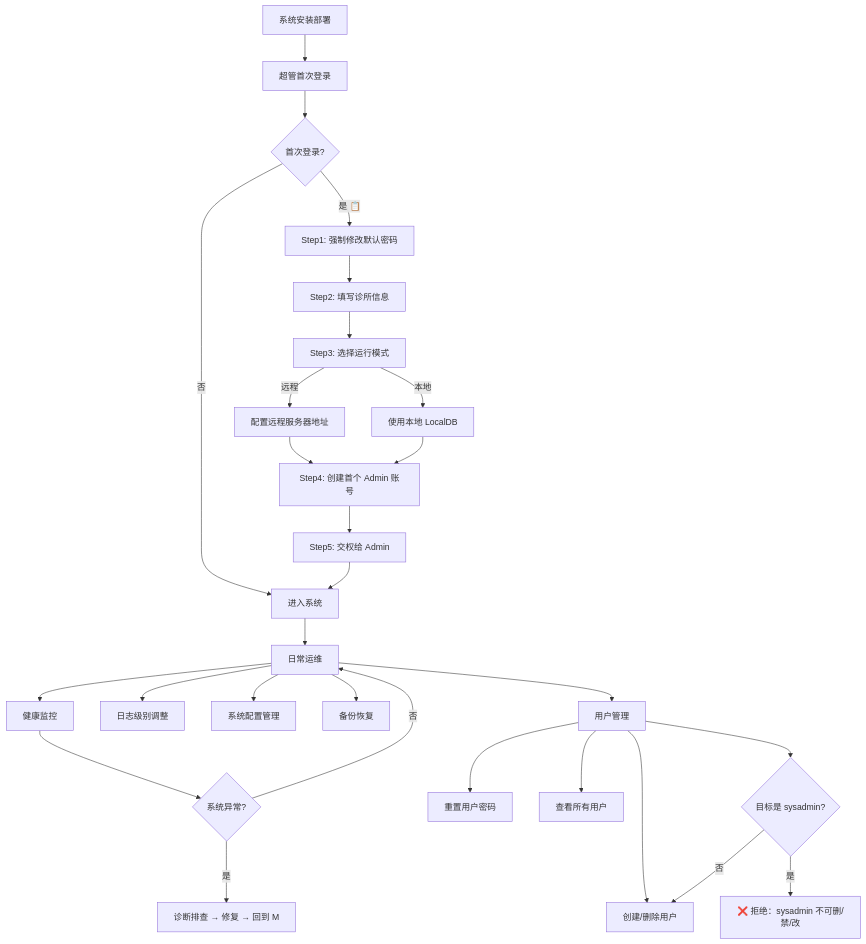
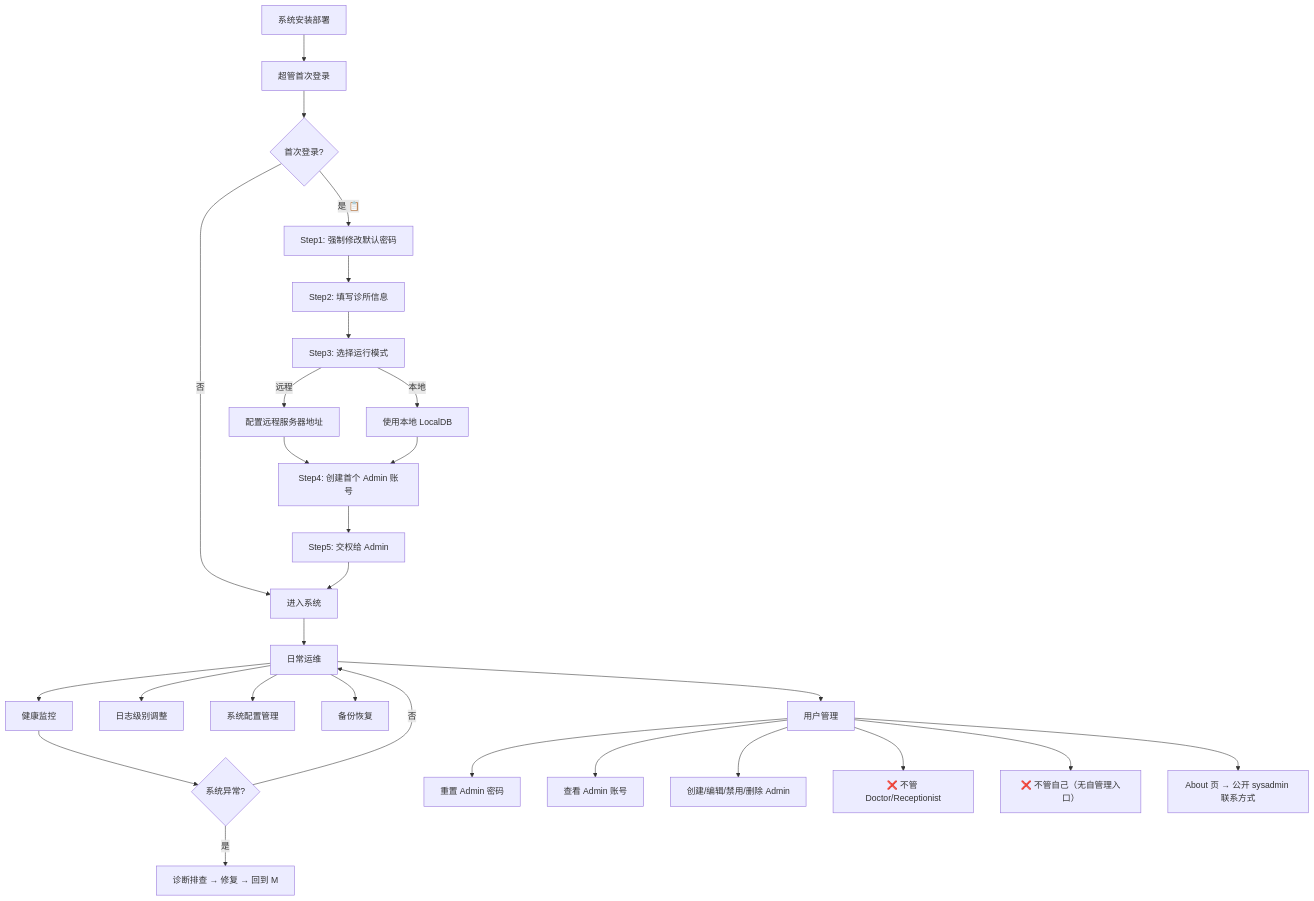
Before and after one commit to shouqitao/LYBTZYZS: the first of 8 diagrams in docs/01-product/02-personas.md, drawn with Mermaid. The commit also changed other lines of this file and 2 other files, not shown here.

````diff
--- a/docs/01-product/02-personas.md
+++ b/docs/01-product/02-personas.md
@@ -37,33 +37,33 @@
 ```mermaid
 flowchart TD
     A[系统安装部署] --> B[超管首次登录]
     B --> C{首次登录?}
     C -->|是 📋| D[Step1: 强制修改默认密码]
     C -->|否| L
     D --> E[Step2: 填写诊所信息]
     E --> F[Step3: 选择运行模式]
     F -->|远程| F1[配置远程服务器地址]
     F -->|本地| F2[使用本地 LocalDB]
     F1 --> G[Step4: 创建首个 Admin 账号]
     F2 --> G
     G --> H[Step5: 交权给 Admin]
     H --> L
 
     L[进入系统] --> M[日常运维]
     M --> M1[健康监控]
     M --> M2[日志级别调整]
     M --> M3[系统配置管理]
     M --> M4[备份恢复]
     M --> M5[用户管理]
 
     M1 --> N{系统异常?}
     N -->|是| O[诊断排查 → 修复 → 回到 M]
     N -->|否| M
 
-    M5 --> P[重置用户密码]
-    M5 --> Q[查看所有用户]
-    M5 --> R[创建/删除用户]
-    M5 --> S{目标是 sysadmin?}
-    S -->|是| T[❌ 拒绝：sysadmin 不可删/禁/改]
-    S -->|否| R
+    M5 --> P[重置 Admin 密码]
+    M5 --> Q[查看 Admin 账号]
+    M5 --> R[创建/编辑/禁用/删除 Admin]
+    M5 --> S[❌ 不管 Doctor/Receptionist]
+    M5 --> T[❌ 不管自己（无自管理入口）]
+    M5 --> U[About 页 → 公开 sysadmin 联系方式]
 ```
````
